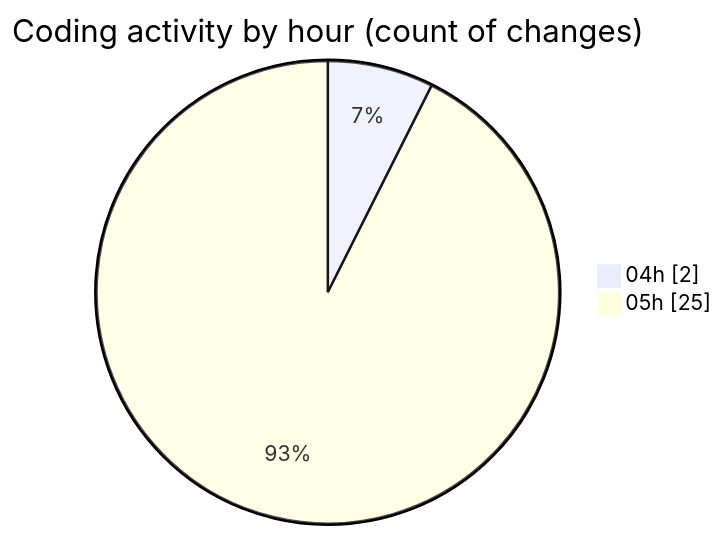
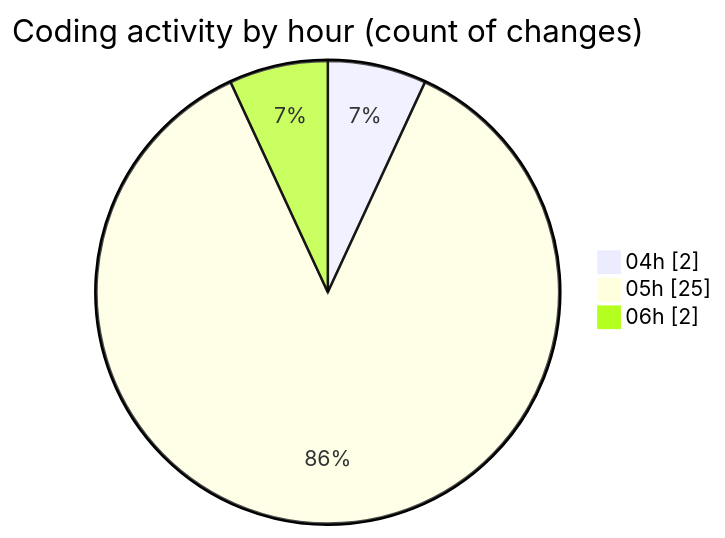
One commit to 3Nya3/code-tracking changed the second of 2 diagrams in 2024-12-31/nyah/README.md. Above: the diagram before and after it, drawn with Mermaid. The commit also changed other lines of this file and 1 other file, not shown here.

````diff
--- a/2024-12-31/nyah/README.md
+++ b/2024-12-31/nyah/README.md
@@ -32,6 +32,7 @@
 ```mermaid
 pie showData
 title Coding activity by hour (count of changes)
 "04h" : 2
 "05h" : 25
+"06h" : 2
 ```
````
